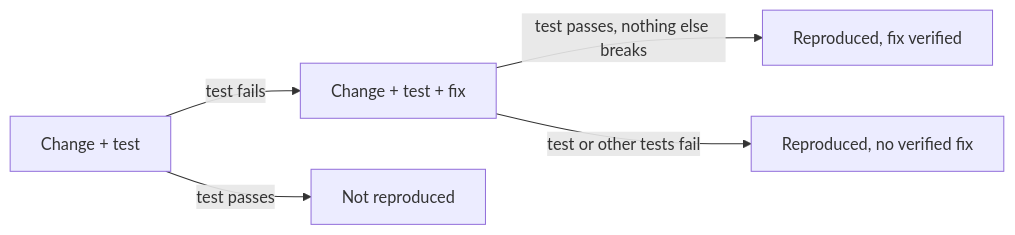
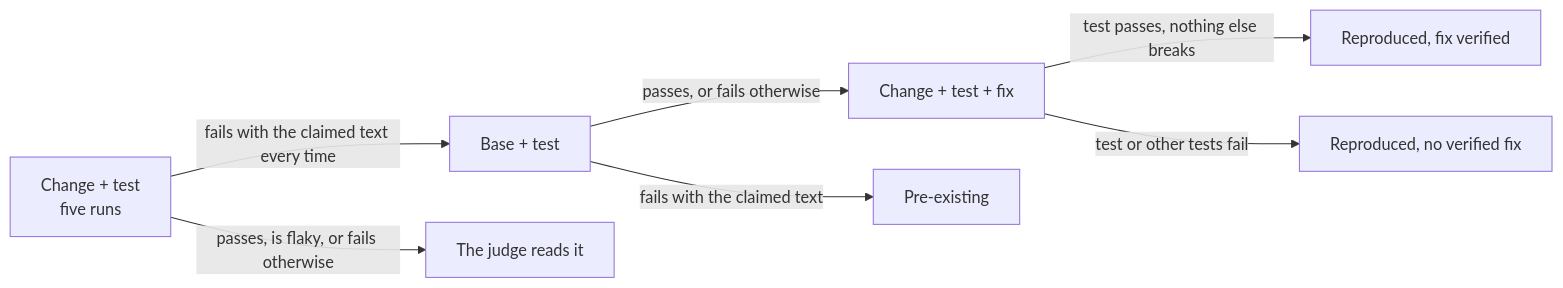
Before and after one commit to Pleasurecruise/eyeful: the diagram in docs/VERIFICATION.md, drawn with Mermaid. The commit also changed other lines of this file and 86 other files, not shown here.

````diff
--- a/docs/VERIFICATION.md
+++ b/docs/VERIFICATION.md
@@ -74,7 +134,9 @@
 ```mermaid
 flowchart LR
-    repro["Change + test"] -->|test fails| fixed["Change + test + fix"]
-    repro -->|test passes| reject["Not reproduced"]
+    repro["Change + test<br/>five runs"] -->|fails with the claimed text every time| base["Base + test"]
+    repro -->|passes, is flaky, or fails otherwise| judge["The judge reads it"]
+    base -->|passes, or fails otherwise| fixed["Change + test + fix"]
+    base -->|fails with the claimed text| old["Pre-existing"]
     fixed -->|test passes, nothing else breaks| verified["Reproduced, fix verified"]
     fixed -->|test or other tests fail| nofix["Reproduced, no verified fix"]
 ```
````
